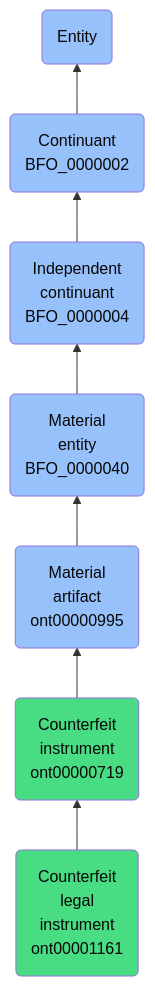
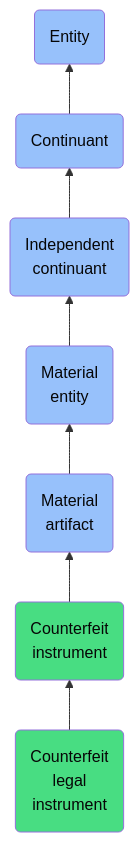
Before and after one commit to jupyter-naas/abi: the diagram in docs/ontology/reference/model/Entity/Continuant/Independent continuant/Material entity/Material artifact/Counterfeit instrument/Counterfeit legal instrument/Counterfeit legal instrument.md, drawn with Mermaid. The commit also changed other lines of this file and 1430 other files, not shown here.

````diff
--- a/docs/ontology/reference/model/Entity/Continuant/Independent continuant/Material entity/Material artifact/Counterfeit instrument/Counterfeit legal instrument/Counterfeit legal instrument.md
+++ b/docs/ontology/reference/model/Entity/Continuant/Independent continuant/Material entity/Material artifact/Counterfeit instrument/Counterfeit legal instrument/Counterfeit legal instrument.md
@@ -24,14 +24,14 @@
 ```mermaid
 graph BT
-    ont00001161(Counterfeit<br>legal<br>instrument<br>ont00001161):::ABI-->ont00000719
-    ont00000719(Counterfeit<br>instrument<br>ont00000719):::ABI-->ont00000995
-    ont00000995(Material<br>artifact<br>ont00000995):::BFO-->BFO_0000040
-    BFO_0000040(Material<br>entity<br>BFO_0000040):::BFO-->BFO_0000004
-    BFO_0000004(Independent<br>continuant<br>BFO_0000004):::BFO-->BFO_0000002
-    BFO_0000002(Continuant<br>BFO_0000002):::BFO-->BFO_0000001
+    ont00001161(Counterfeit<br>legal<br>instrument):::ABI-->ont00000719
+    ont00000719(Counterfeit<br>instrument):::ABI-->ont00000995
+    ont00000995(Material<br>artifact):::BFO-->BFO_0000040
+    BFO_0000040(Material<br>entity):::BFO-->BFO_0000004
+    BFO_0000004(Independent<br>continuant):::BFO-->BFO_0000002
+    BFO_0000002(Continuant):::BFO-->BFO_0000001
     BFO_0000001(Entity):::BFO
     
     classDef BFO fill:#97c1fb,color:#060606
     classDef CCO fill:#e4c51e,color:#060606
     classDef ABI fill:#48DD82,color:#060606
 ```
````
